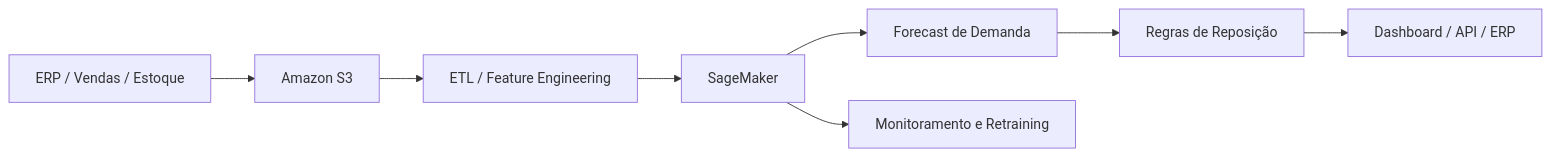
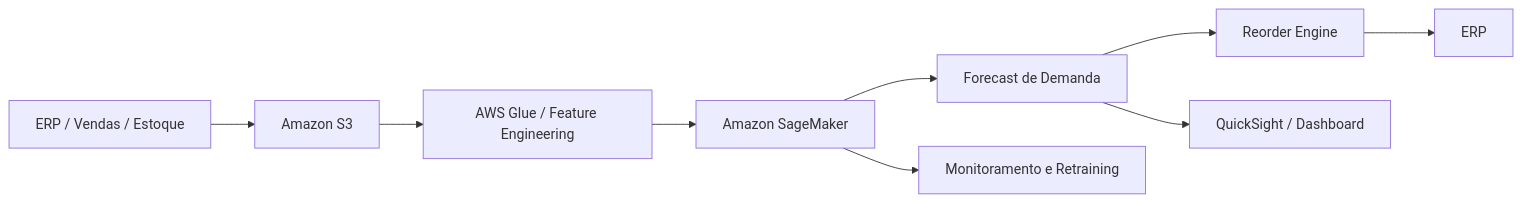
One commit to matheusflorindo32/lab-aws-sagemaker-canvas-estoque changed the second of 2 diagrams in README.md. Above: the diagram before and after it, drawn with Mermaid. The commit also changed other lines of this file, not shown here.

````diff
--- a/README.md
+++ b/README.md
@@ -79,10 +114,11 @@
 ```mermaid
 flowchart LR
     A[ERP / Vendas / Estoque] --> B[Amazon S3]
-    B --> C[ETL / Feature Engineering]
-    C --> D[SageMaker]
+    B --> C[AWS Glue / Feature Engineering]
+    C --> D[Amazon SageMaker]
     D --> E[Forecast de Demanda]
-    E --> F[Regras de Reposição]
-    F --> G[Dashboard / API / ERP]
-    D --> H[Monitoramento e Retraining]
+    E --> F[Reorder Engine]
+    F --> G[ERP]
+    E --> H[QuickSight / Dashboard]
+    D --> I[Monitoramento e Retraining]
 ```
````
